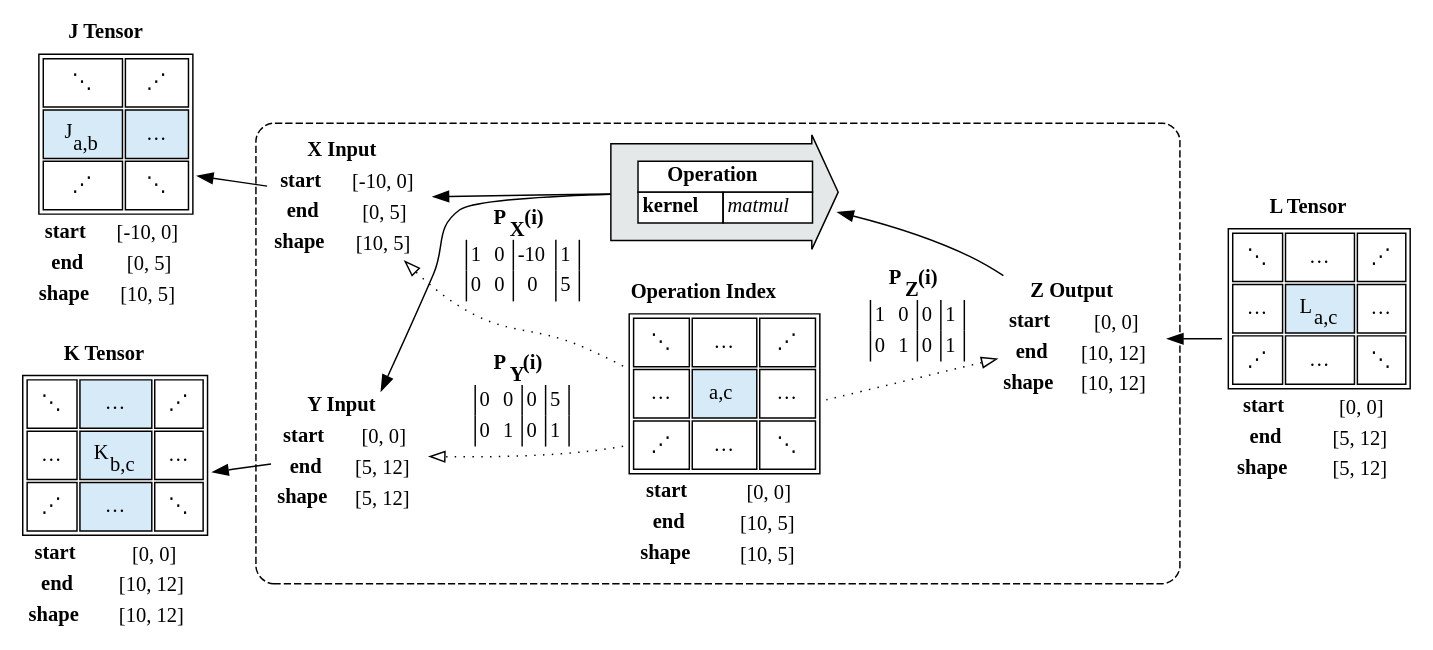
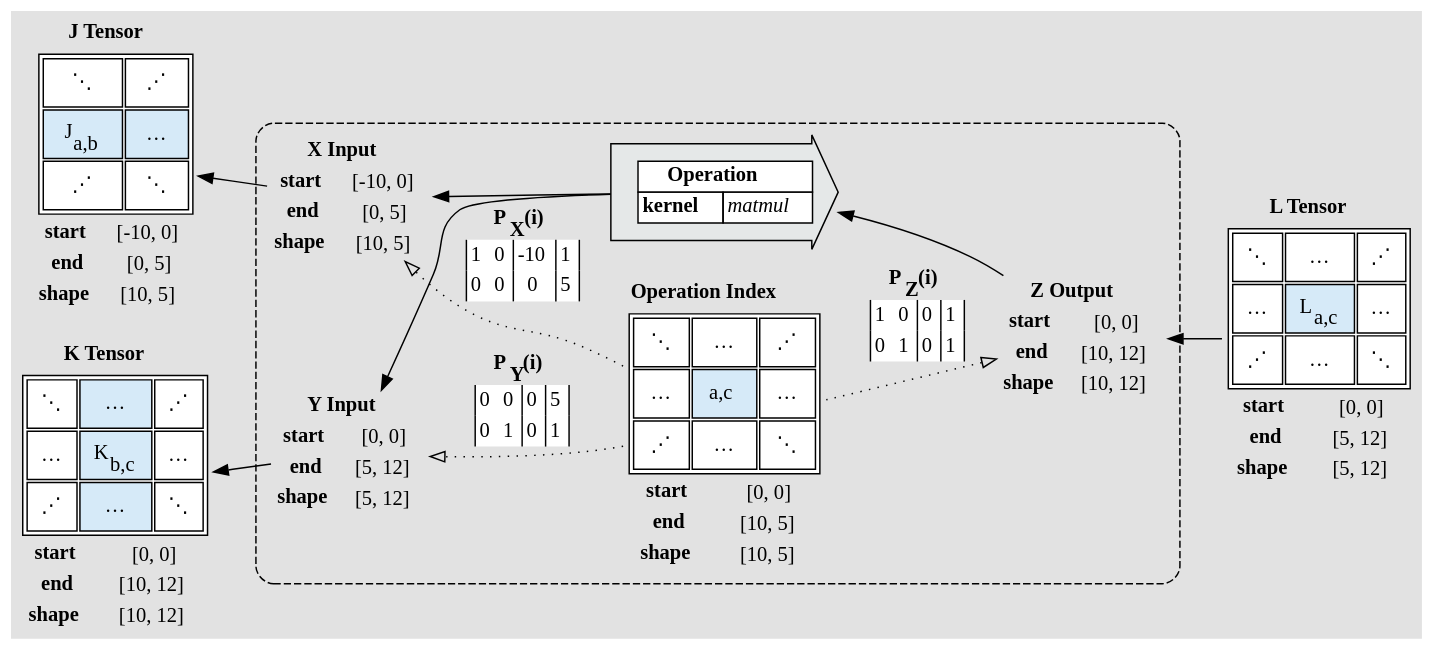
One commit to crutcher/tapestry changed the diagram in docs/PolyhedralTypes/PolyhedralTypeSignatures/matmul.example.dot. Above: the diagram before and after it, drawn with Graphviz. The commit also changed 2 other files, not shown here.

```diff
--- a/docs/PolyhedralTypes/PolyhedralTypeSignatures/matmul.example.dot
+++ b/docs/PolyhedralTypes/PolyhedralTypeSignatures/matmul.example.dot
@@ -1,6 +1,7 @@
 digraph G {
     rankdir=RL;
     newrank=true;
+    bgcolor="#E2E2E2";
 
     j [
         shape="plain"
@@ -8,7 +9,7 @@
 <table border="0">
 <tr><td colspan="2"><b>J Tensor</b></td></tr>
 <tr><td colspan="2">
-        <table cellpadding="8">
+        <table bgcolor="white" cellpadding="8">
             <tr>
                 <td>⋱</td>
                 <td>⋰</td>
@@ -35,7 +36,7 @@
 <table border="0">
 <tr><td colspan="2"><b>K Tensor</b></td></tr>
 <tr><td colspan="2">
-        <table cellpadding="8">
+        <table bgcolor="white" cellpadding="8">
             <tr>
                 <td>⋱</td>
                 <td bgcolor="#D6EAF8">…</td>
@@ -67,7 +68,7 @@
 <table border="0">
 <tr><td colspan="2"><b>L Tensor</b></td></tr>
 <tr><td colspan="2">
-        <table cellpadding="8">
+        <table bgcolor="white" cellpadding="8">
             <tr>
                 <td>⋱</td>
                 <td>…</td>
@@ -102,7 +103,7 @@
 	<table border="0">
     <tr><td colspan="2"><b>Operation Index</b></td></tr>
         <tr><td colspan="2">
-          <table cellpadding="8">
+          <table bgcolor="white" cellpadding="8">
               <tr>
                   <td>⋱</td>
                   <td>…</td>
@@ -196,7 +197,7 @@
   <tr><td><b>P<sub>X</sub>(i)</b></td></tr>
   <tr>
       <td>
-        <table border="0" cellspacing="0" cellborder="1">
+        <table bgcolor="white" border="0" cellspacing="0" cellborder="1">
           <tr><td sides="L">1</td><td sides="R">0</td><td sides="R">-10</td><td sides="R">1</td></tr>
           <tr><td sides="L">0</td><td sides="R">0</td><td sides="R">0</td><td sides="R">5</td></tr>
           </table>
@@ -210,7 +211,7 @@
   <tr><td><b>P<sub>Y</sub>(i)</b></td></tr>
   <tr>
       <td>
-        <table border="0" cellspacing="0" cellborder="1">
+        <table bgcolor="white" border="0" cellspacing="0" cellborder="1">
           <tr><td sides="L">0</td><td sides="R">0</td><td sides="R">0</td><td sides="R">5</td></tr>
           <tr><td sides="L">0</td><td sides="R">1</td><td sides="R">0</td><td sides="R">1</td></tr>
           </table>
@@ -224,7 +225,7 @@
   <tr><td><b>P<sub>Z</sub>(i)</b></td></tr>
   <tr>
       <td>
-        <table border="0" cellspacing="0" cellborder="1">
+        <table bgcolor="white" border="0" cellspacing="0" cellborder="1">
           <tr><td sides="L">1</td><td sides="R">0</td><td sides="R">0</td><td sides="R">1</td></tr>
           <tr><td sides="L">0</td><td sides="R">1</td><td sides="R">0</td><td sides="R">1</td></tr>
           </table>
```
